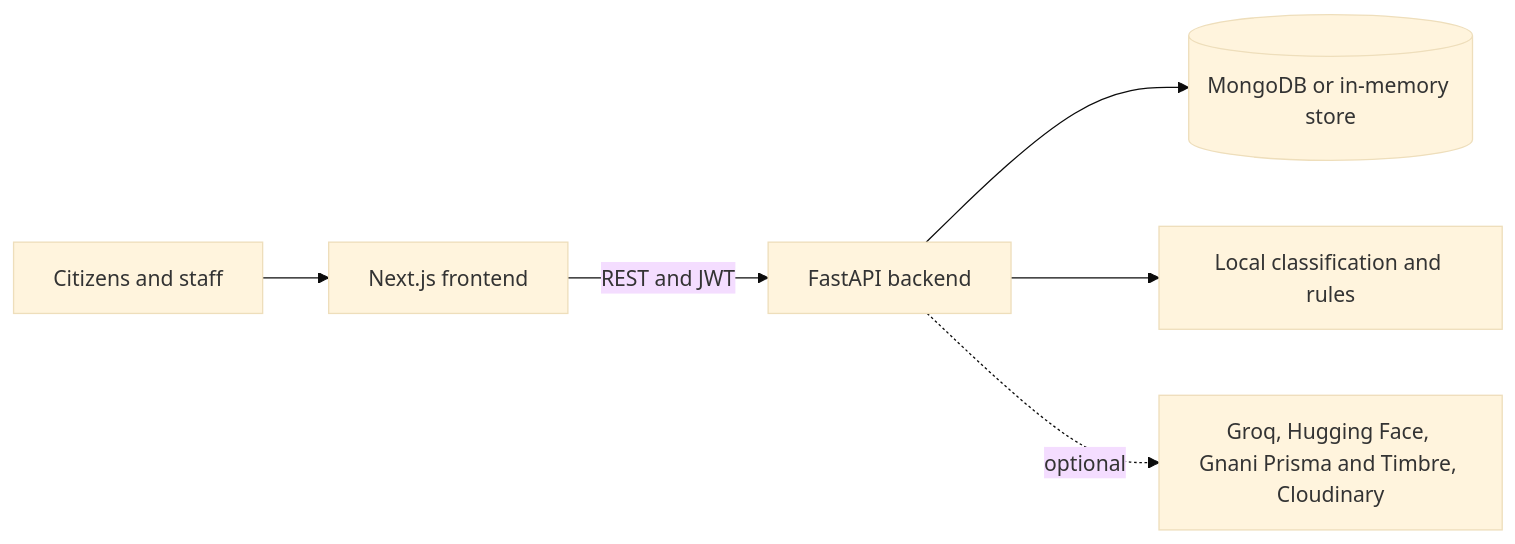
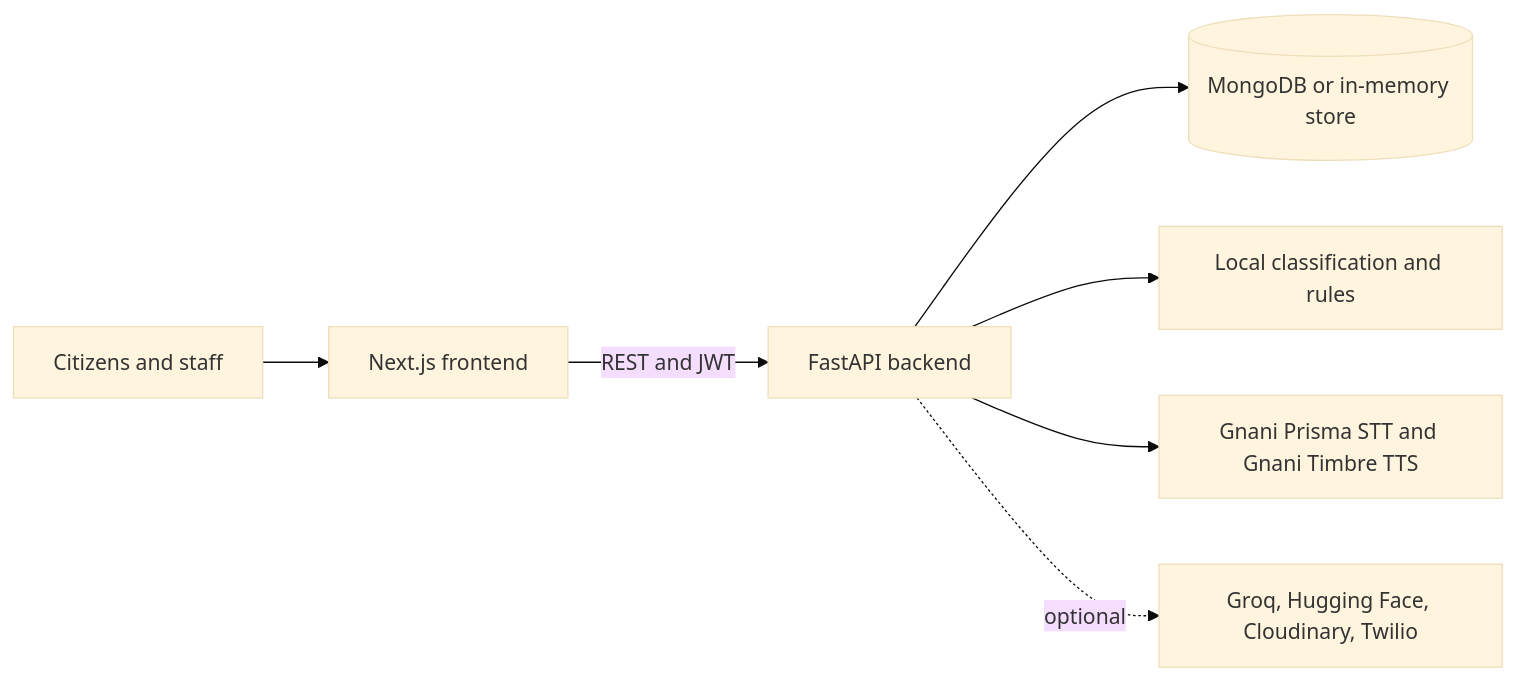
The diagram in README.md (Arsen1c-18/Civora), drawn with Mermaid (base theme) before and after one commit. The commit also changed other lines of this file, not shown here.

Commit message:
Restructure README around voice-first Gnani capabilities

````diff
--- a/README.md
+++ b/README.md
@@ -74,8 +111,9 @@
 ```mermaid
 flowchart LR
     Citizen[Citizens and staff] --> Web[Next.js frontend]
     Web -->|REST and JWT| API[FastAPI backend]
     API --> Store[(MongoDB or in-memory store)]
     API --> NLP[Local classification and rules]
-    API -. optional .-> Providers[Groq, Hugging Face, Gnani Prisma and Timbre, Cloudinary]
+    API --> Speech[Gnani Prisma STT and Gnani Timbre TTS]
+    API -. optional .-> Providers[Groq, Hugging Face, Cloudinary, Twilio]
 ```
````
